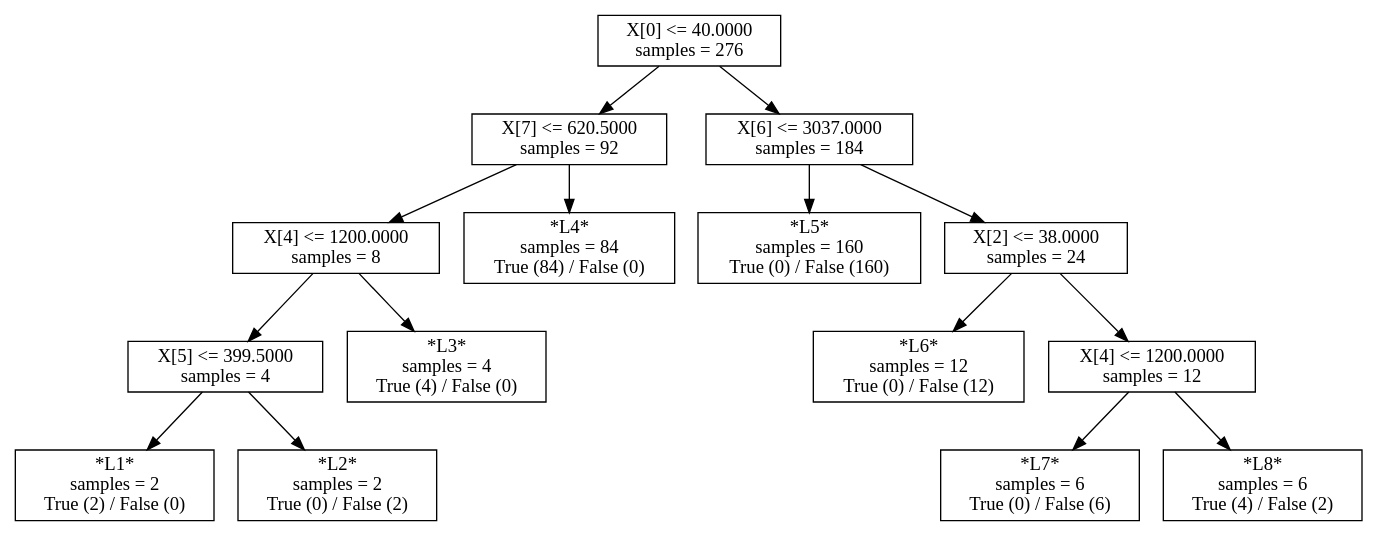
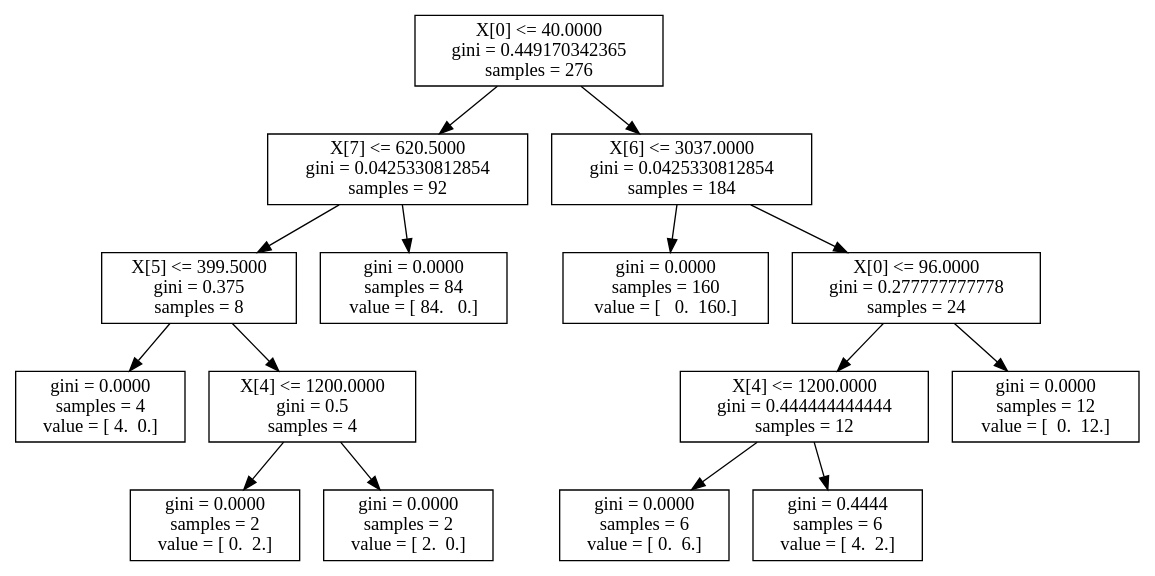
The diagram in script/reproduce-hog-modeling/t604-second-set-of-features-depth4/model-sklearn-dtc.modelx.dot (ctuning/reproduce-ck-paper-large-experiments), drawn with Graphviz before and after one commit. The commit also changed 199 other files, not shown here.

```diff
--- a/script/reproduce-hog-modeling/t604-second-set-of-features-depth4/model-sklearn-dtc.modelx.dot
+++ b/script/reproduce-hog-modeling/t604-second-set-of-features-depth4/model-sklearn-dtc.modelx.dot
@@ -1,31 +1,31 @@
 digraph Tree {
-0 [label="X[0] <= 40.0000\nsamples = 276", shape="box"] ;
-1 [label="X[7] <= 620.5000\nsamples = 92", shape="box"] ;
+0 [label="X[0] <= 40.0000\ngini = 0.449170342365\nsamples = 276", shape="box"] ;
+1 [label="X[7] <= 620.5000\ngini = 0.0425330812854\nsamples = 92", shape="box"] ;
 0 -> 1 ;
-2 [label="X[4] <= 1200.0000\nsamples = 8", shape="box"] ;
+2 [label="X[5] <= 399.5000\ngini = 0.375\nsamples = 8", shape="box"] ;
 1 -> 2 ;
-3 [label="X[5] <= 399.5000\nsamples = 4", shape="box"] ;
+3 [label="gini = 0.0000\nsamples = 4\nvalue = [ 4.  0.]", shape="box"] ;
 2 -> 3 ;
-4 [label="*L1*\nsamples = 2\nTrue (2) / False (0)", shape="box"] ;
-3 -> 4 ;
-5 [label="*L2*\nsamples = 2\nTrue (0) / False (2)", shape="box"] ;
-3 -> 5 ;
-6 [label="*L3*\nsamples = 4\nTrue (4) / False (0)", shape="box"] ;
-2 -> 6 ;
-7 [label="*L4*\nsamples = 84\nTrue (84) / False (0)", shape="box"] ;
+4 [label="X[4] <= 1200.0000\ngini = 0.5\nsamples = 4", shape="box"] ;
+2 -> 4 ;
+5 [label="gini = 0.0000\nsamples = 2\nvalue = [ 0.  2.]", shape="box"] ;
+4 -> 5 ;
+6 [label="gini = 0.0000\nsamples = 2\nvalue = [ 2.  0.]", shape="box"] ;
+4 -> 6 ;
+7 [label="gini = 0.0000\nsamples = 84\nvalue = [ 84.   0.]", shape="box"] ;
 1 -> 7 ;
-8 [label="X[6] <= 3037.0000\nsamples = 184", shape="box"] ;
+8 [label="X[6] <= 3037.0000\ngini = 0.0425330812854\nsamples = 184", shape="box"] ;
 0 -> 8 ;
-9 [label="*L5*\nsamples = 160\nTrue (0) / False (160)", shape="box"] ;
+9 [label="gini = 0.0000\nsamples = 160\nvalue = [   0.  160.]", shape="box"] ;
 8 -> 9 ;
-10 [label="X[2] <= 38.0000\nsamples = 24", shape="box"] ;
+10 [label="X[0] <= 96.0000\ngini = 0.277777777778\nsamples = 24", shape="box"] ;
 8 -> 10 ;
-11 [label="*L6*\nsamples = 12\nTrue (0) / False (12)", shape="box"] ;
+11 [label="X[4] <= 1200.0000\ngini = 0.444444444444\nsamples = 12", shape="box"] ;
 10 -> 11 ;
-12 [label="X[4] <= 1200.0000\nsamples = 12", shape="box"] ;
-10 -> 12 ;
-13 [label="*L7*\nsamples = 6\nTrue (0) / False (6)", shape="box"] ;
-12 -> 13 ;
-14 [label="*L8*\nsamples = 6\nTrue (4) / False (2)", shape="box"] ;
-12 -> 14 ;
+12 [label="gini = 0.0000\nsamples = 6\nvalue = [ 0.  6.]", shape="box"] ;
+11 -> 12 ;
+13 [label="gini = 0.4444\nsamples = 6\nvalue = [ 4.  2.]", shape="box"] ;
+11 -> 13 ;
+14 [label="gini = 0.0000\nsamples = 12\nvalue = [  0.  12.]", shape="box"] ;
+10 -> 14 ;
 }
```
